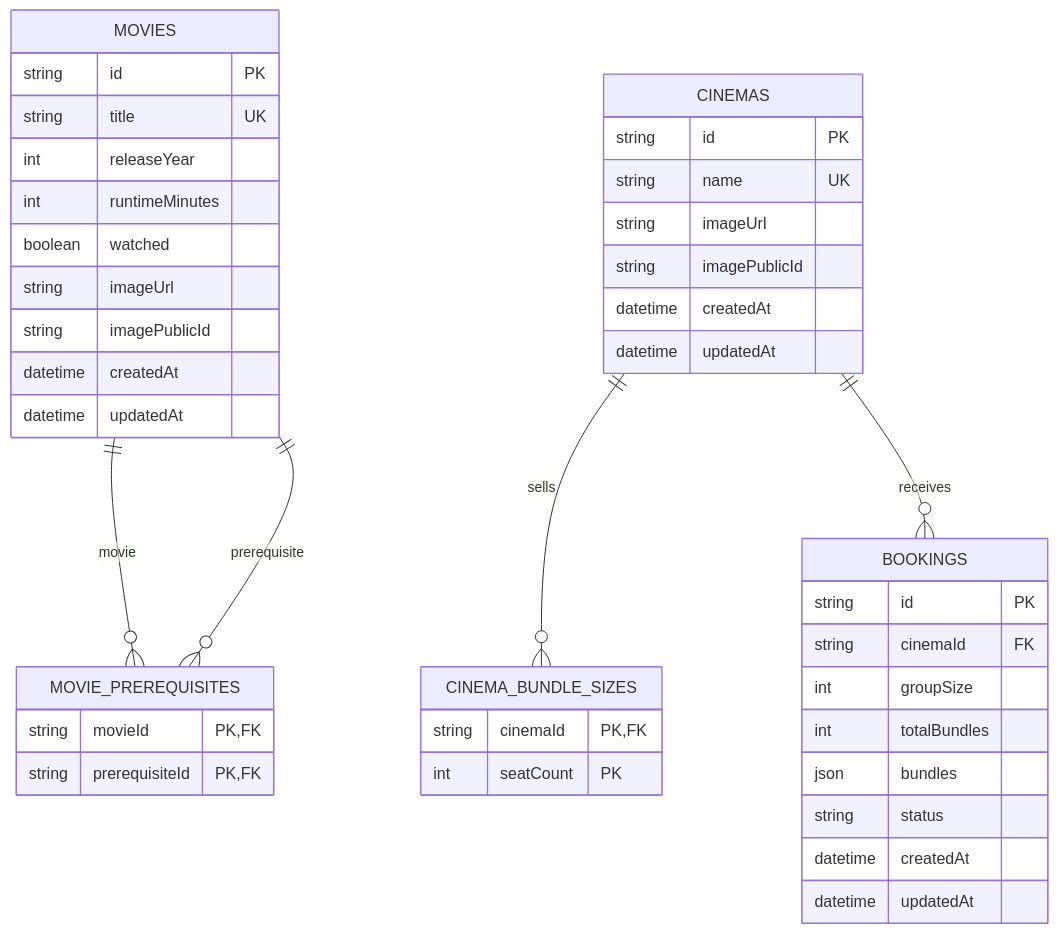
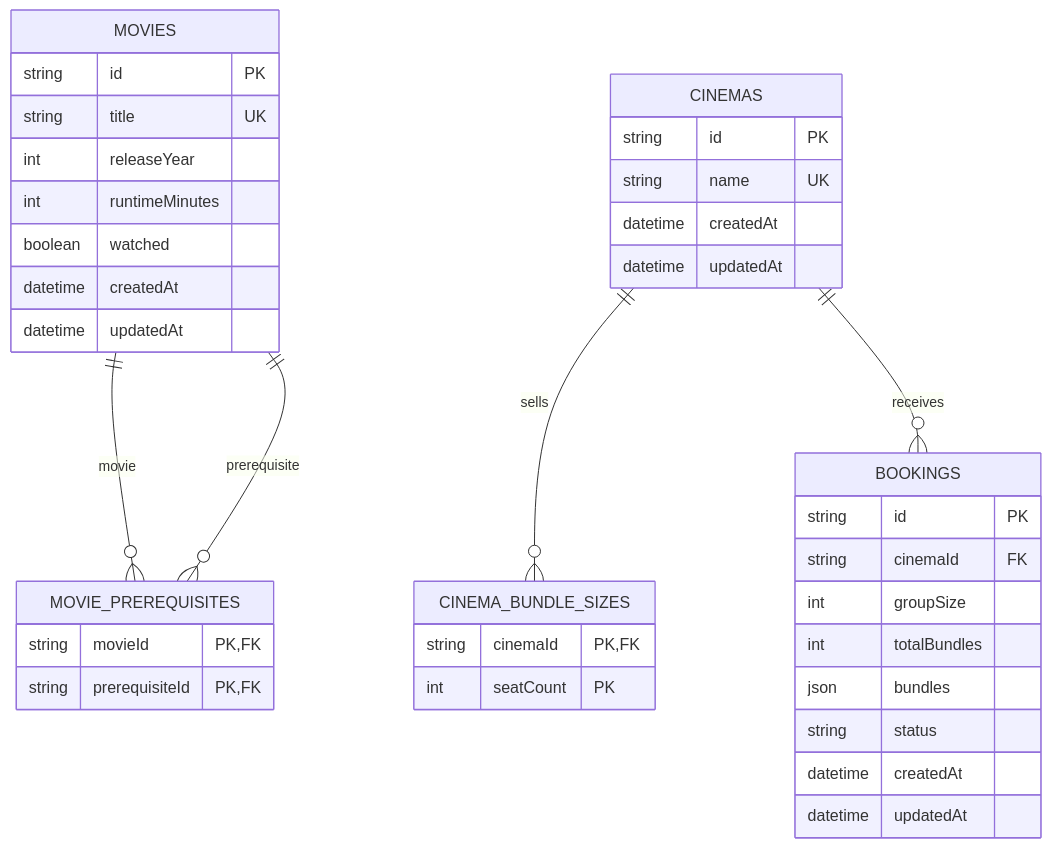
The diagram in README.md (mdashraful24/cine-quest-server), drawn with Mermaid before and after one commit. The commit also changed other lines of this file and 20 other files, not shown here.

````diff
--- a/README.md
+++ b/README.md
@@ -100,49 +102,45 @@
 ```mermaid
 erDiagram
   MOVIES ||--o{ MOVIE_PREREQUISITES : "movie"
   MOVIES ||--o{ MOVIE_PREREQUISITES : "prerequisite"
   CINEMAS ||--o{ CINEMA_BUNDLE_SIZES : "sells"
   CINEMAS ||--o{ BOOKINGS : "receives"
 
   MOVIES {
     string id PK
     string title UK
     int releaseYear
     int runtimeMinutes
     boolean watched
-    string imageUrl
-    string imagePublicId
     datetime createdAt
     datetime updatedAt
   }
 
   MOVIE_PREREQUISITES {
     string movieId PK, FK
     string prerequisiteId PK, FK
   }
 
   CINEMAS {
     string id PK
     string name UK
-    string imageUrl
-    string imagePublicId
     datetime createdAt
     datetime updatedAt
   }
 
   CINEMA_BUNDLE_SIZES {
     string cinemaId PK, FK
     int seatCount PK
   }
 
   BOOKINGS {
     string id PK
     string cinemaId FK
     int groupSize
     int totalBundles
     json bundles
     string status
     datetime createdAt
     datetime updatedAt
   }
 ```
````
